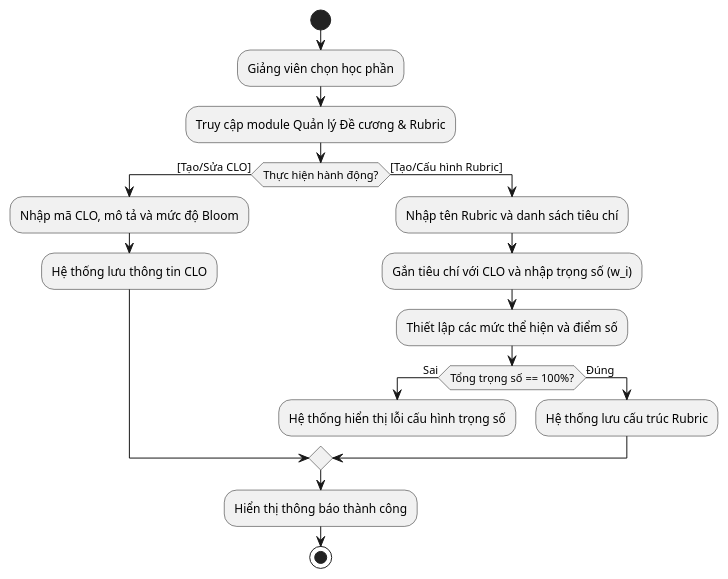
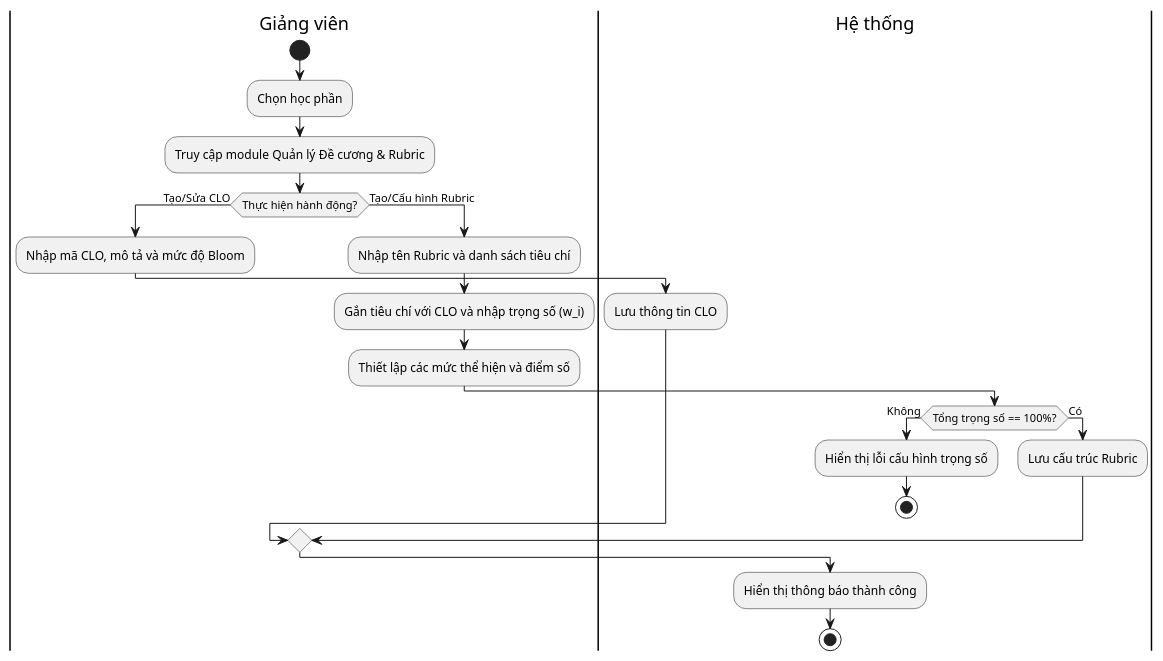
The diagram in eureka-server/eureka-server/src/main/java/hcmuaf/edu/vn/fit/rubric/plantUML/activityTeacher/DeCuongManagement.puml (thanhthanh123vn/Rubric_Thanh_Duc_2025_2026), drawn with PlantUML before and after one commit. The commit also changed 39 other files, not shown here.

```diff
--- a/eureka-server/eureka-server/src/main/java/hcmuaf/edu/vn/fit/rubric/plantUML/activityTeacher/DeCuongManagement.puml
+++ b/eureka-server/eureka-server/src/main/java/hcmuaf/edu/vn/fit/rubric/plantUML/activityTeacher/DeCuongManagement.puml
@@ -1,22 +1,39 @@
 @startuml
 skinparam defaultTextAlignment center
+
+|Giảng viên|
 start
-:Giảng viên chọn học phần;
+:Chọn học phần;
 :Truy cập module Quản lý Đề cương & Rubric;
-if (Thực hiện hành động?) then ([Tạo/Sửa CLO])
+
+if (Thực hiện hành động?) then (Tạo/Sửa CLO)
+
   :Nhập mã CLO, mô tả và mức độ Bloom;
-  :Hệ thống lưu thông tin CLO;
-else ([Tạo/Cấu hình Rubric])
+
+  |Hệ thống|
+  :Lưu thông tin CLO;
+
+  |Giảng viên|
+
+else (Tạo/Cấu hình Rubric)
+
   :Nhập tên Rubric và danh sách tiêu chí;
   :Gắn tiêu chí với CLO và nhập trọng số (w_i);
   :Thiết lập các mức thể hiện và điểm số;
-  if (Tổng trọng số == 100%?) then (Sai)
-    :Hệ thống hiển thị lỗi cấu hình trọng số;
-    detach
-  else (Đúng)
-    :Hệ thống lưu cấu trúc Rubric;
+
+  |Hệ thống|
+  if (Tổng trọng số == 100%?) then (Không)
+    :Hiển thị lỗi cấu hình trọng số;
+    stop
+  else (Có)
+    :Lưu cấu trúc Rubric;
   endif
+
+  |Giảng viên|
 endif
+
+|Hệ thống|
 :Hiển thị thông báo thành công;
+
 stop
 @enduml
```
